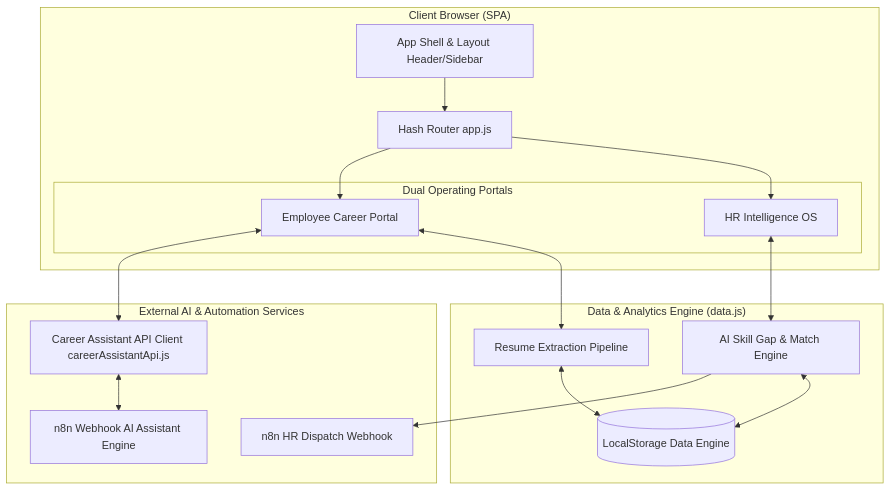
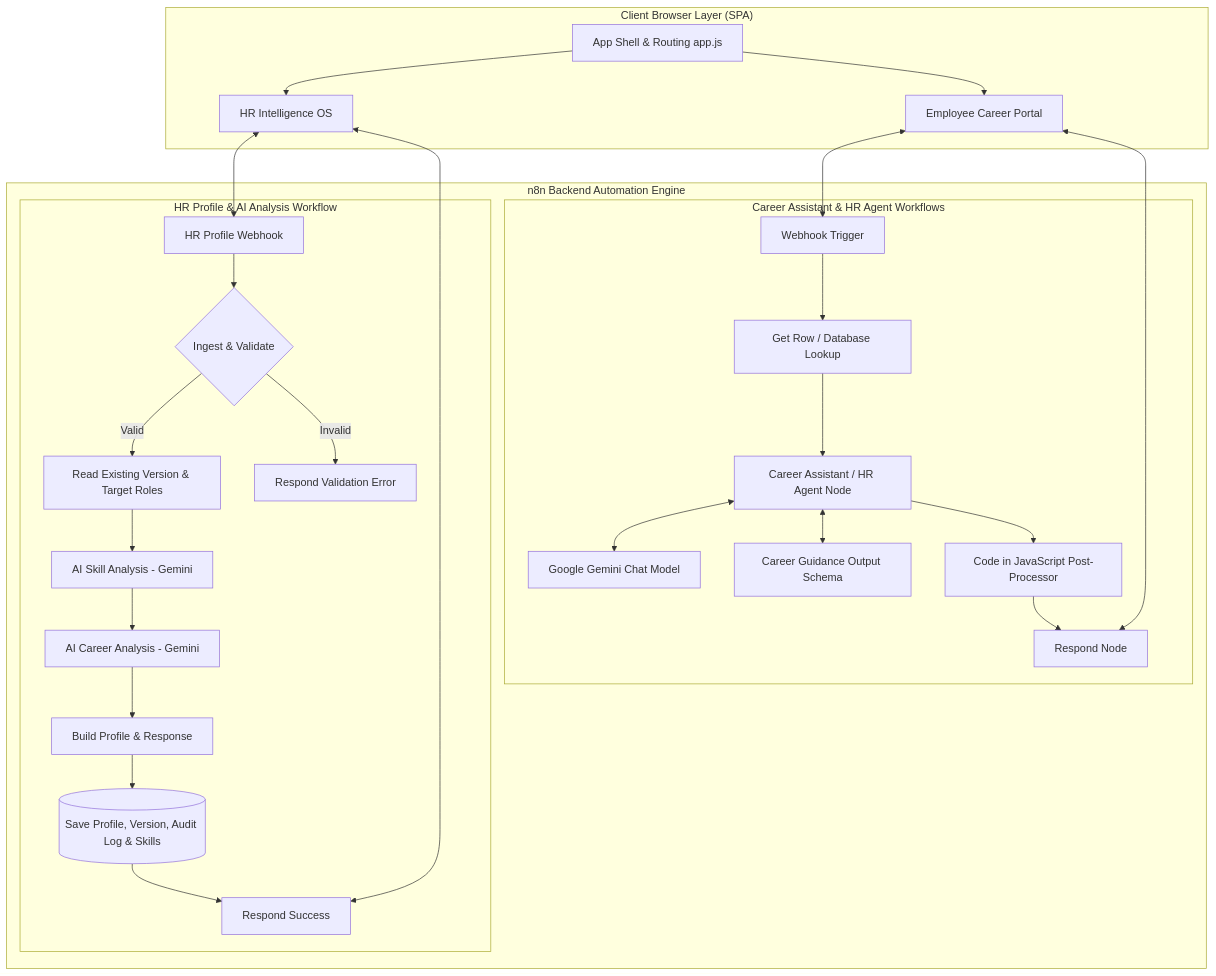
Before and after one commit to praveen2007-VY/Buildathon_finals: the diagram in README.md, drawn with Mermaid. The commit also changed other lines of this file and 3 other files, not shown here.

Commit message:
docs: integrate n8n Gemini workflow architecture diagrams & update README

````diff
--- a/README.md
+++ b/README.md
@@ -22,36 +25,37 @@
 ```mermaid
 flowchart TB
-    subgraph Client ["Client Browser (SPA)"]
-        UI[App Shell & Layout Header/Sidebar]
-        Router[Hash Router app.js]
-        
-        subgraph Portals ["Dual Operating Portals"]
-            Emp[Employee Career Portal]
-            HR[HR Intelligence OS]
-        end
-        
-        UI --> Router
-        Router --> Emp
-        Router --> HR
+    subgraph Client ["Client Browser Layer (SPA)"]
+        UI[App Shell & Routing app.js]
+        EmpPortal[Employee Career Portal]
+        HRPortal[HR Intelligence OS]
+        UI --> EmpPortal
+        UI --> HRPortal
     end
 
-    subgraph CoreEngine ["Data & Analytics Engine (data.js)"]
-        Store[(LocalStorage Data Engine)]
-        GapEngine[AI Skill Gap & Match Engine]
-        ResumePipe[Resume Extraction Pipeline]
+    subgraph n8n_Workflows ["n8n Backend Automation Engine"]
+        subgraph WF1 ["Career Assistant & HR Agent Workflows"]
+            W1_In[Webhook Trigger] --> W1_Get[Get Row / Database Lookup]
+            W1_Get --> W1_Agent[Career Assistant / HR Agent Node]
+            W1_Agent <--> W1_Gemini[Google Gemini Chat Model]
+            W1_Agent <--> W1_Schema[Career Guidance Output Schema]
+            W1_Agent --> W1_JS[Code in JavaScript Post-Processor]
+            W1_JS --> W1_Out[Respond Node]
+        end
+
+        subgraph WF2 ["HR Profile & AI Analysis Workflow"]
+            W2_In[HR Profile Webhook] --> W2_Val{Ingest & Validate}
+            W2_Val -- Valid --> W2_Read[Read Existing Version & Target Roles]
+            W2_Read --> W2_SkillAI[AI Skill Analysis - Gemini]
+            W2_SkillAI --> W2_CareerAI[AI Career Analysis - Gemini]
+            W2_CareerAI --> W2_Build[Build Profile & Response]
+            W2_Build --> W2_DB[(Save Profile, Version, Audit Log & Skills)]
+            W2_DB --> W2_Out[Respond Success]
+            W2_Val -- Invalid --> W2_Err[Respond Validation Error]
+        end
     end
 
-    subgraph Integration ["External AI & Automation Services"]
-        API[Career Assistant API Client careerAssistantApi.js]
-        N8N[n8n Webhook AI Assistant Engine]
-        Webhooks[n8n HR Dispatch Webhook]
-    end
-
-    Emp <--> API
-    API <--> N8N
-    HR <--> GapEngine
-    GapEngine --> Webhooks
-    Emp <--> ResumePipe
-    ResumePipe <--> Store
-    GapEngine <--> Store
+    EmpPortal <--> W1_In
+    W1_Out <--> EmpPortal
+    HRPortal <--> W2_In
+    W2_Out <--> HRPortal
 ```
````
